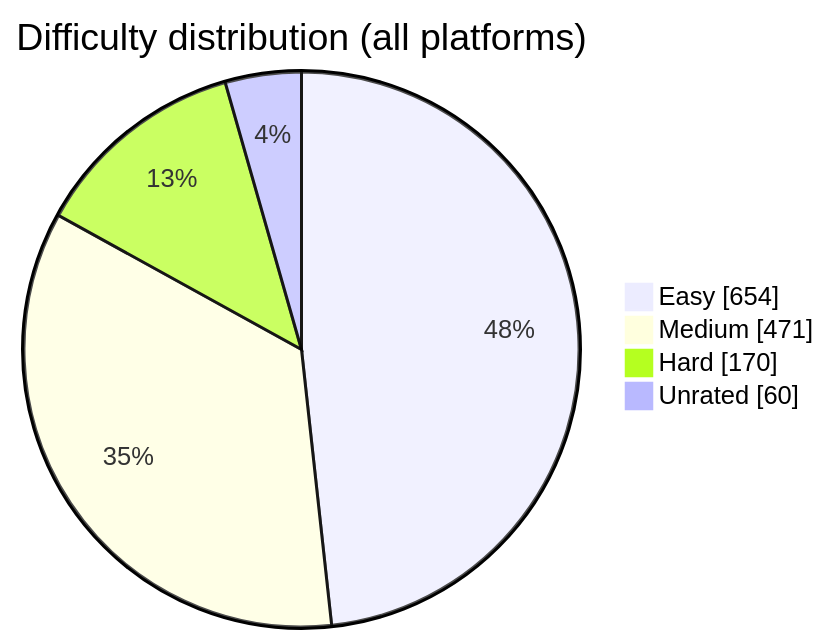
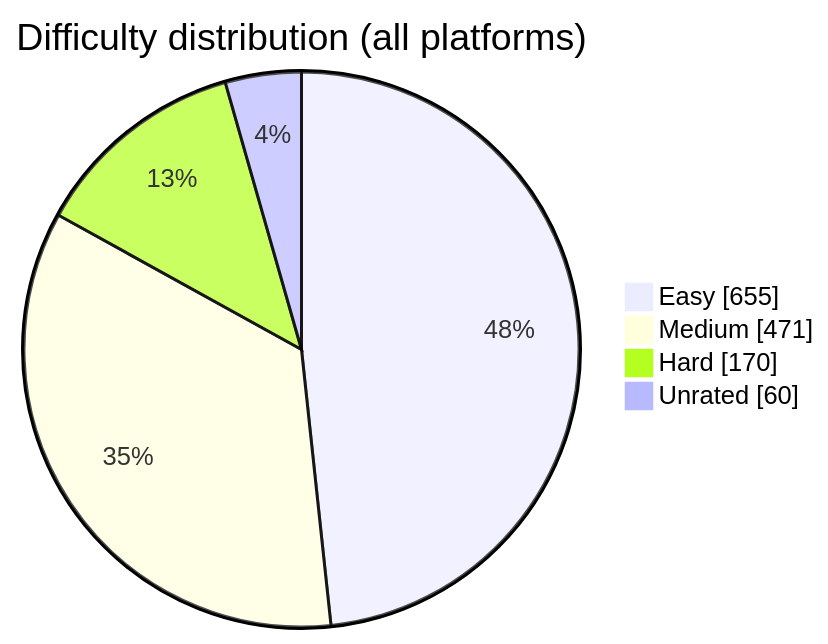
One commit to BuildbyArindam/Daily-Coding-Log changed the diagram in README.md. Above: the diagram before and after it, drawn with Mermaid. The commit also changed other lines of this file, not shown here.

````diff
--- a/README.md
+++ b/README.md
@@ -93,7 +93,7 @@
 ```mermaid
 pie showData title Difficulty distribution (all platforms)
-    "Easy" : 654
+    "Easy" : 655
     "Medium" : 471
     "Hard" : 170
     "Unrated" : 60
 ```
````
